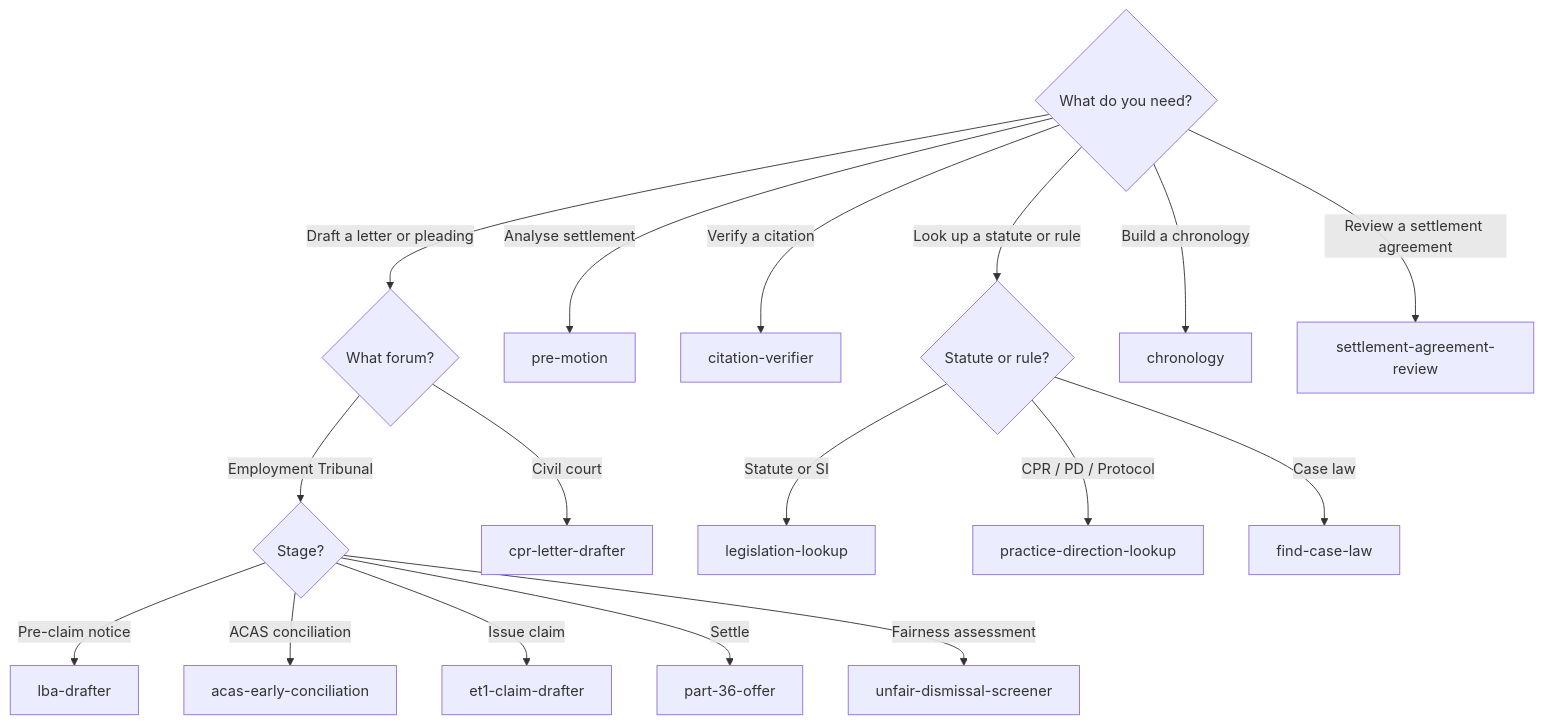
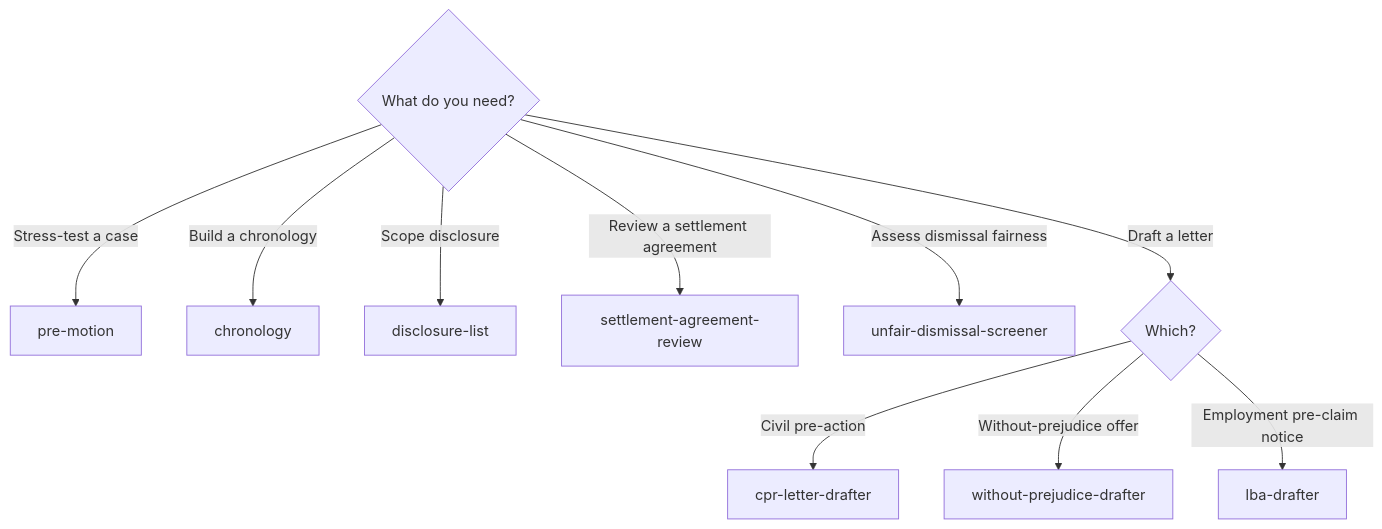
One commit to b1rdmania/claude-for-uk-legal changed the second of 2 diagrams in README.md. Above: the diagram before and after it, drawn with Mermaid. The commit also changed other lines of this file and 29 other files, not shown here.

````diff
--- a/README.md
+++ b/README.md
@@ -51,23 +40,14 @@
 ```mermaid
 flowchart TD
     Q{What do you need?}
-    Q -->|Draft a letter or pleading| W1{What forum?}
-    Q -->|Analyse settlement| PM[pre-motion]
-    Q -->|Verify a citation| CV[citation-verifier]
-    Q -->|Look up a statute or rule| LR{Statute or rule?}
+    Q -->|Stress-test a case| PM[pre-motion]
     Q -->|Build a chronology| CH[chronology]
+    Q -->|Scope disclosure| DL[disclosure-list]
     Q -->|Review a settlement agreement| SAR[settlement-agreement-review]
+    Q -->|Assess dismissal fairness| UD[unfair-dismissal-screener]
+    Q -->|Draft a letter| W1{Which?}
 
-    W1 -->|Employment Tribunal| W2{Stage?}
-    W1 -->|Civil court| CL[cpr-letter-drafter]
-
-    W2 -->|Pre-claim notice| LBA[lba-drafter]
-    W2 -->|ACAS conciliation| EC[acas-early-conciliation]
-    W2 -->|Issue claim| ET1[et1-claim-drafter]
-    W2 -->|Settle| P36[part-36-offer]
-    W2 -->|Fairness assessment| UD[unfair-dismissal-screener]
-
-    LR -->|Statute or SI| LL[legislation-lookup]
-    LR -->|CPR / PD / Protocol| PDL[practice-direction-lookup]
-    LR -->|Case law| FCL[find-case-law]
+    W1 -->|Civil pre-action| CL[cpr-letter-drafter]
+    W1 -->|Without-prejudice offer| WP[without-prejudice-drafter]
+    W1 -->|Employment pre-claim notice| LBA[lba-drafter]
 ```
````
